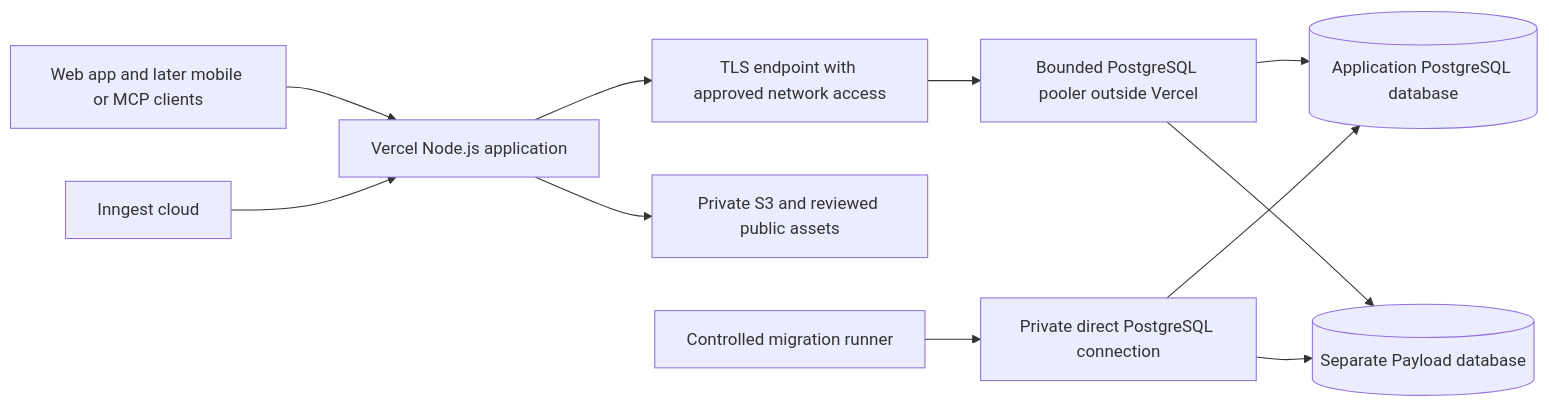
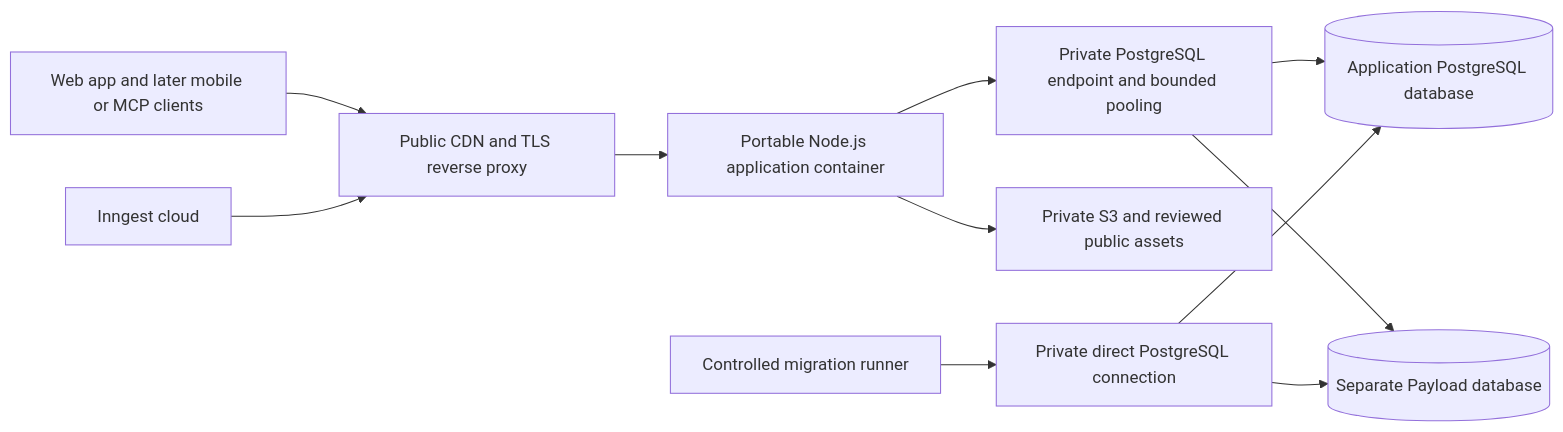
One commit to xmyqyl4x/tiresandtreads changed the diagram in docs/16-deployment-and-local-environments.md. Above: the diagram before and after it, drawn with Mermaid. The commit also changed other lines of this file and 13 other files, not shown here.

````diff
--- a/docs/16-deployment-and-local-environments.md
+++ b/docs/16-deployment-and-local-environments.md
@@ -26,13 +26,13 @@
 ```mermaid
 flowchart LR
-  Users[Web app and later mobile or MCP clients] --> V[Vercel Node.js application]
-  V --> N[TLS endpoint with approved network access]
-  N --> Pool[Bounded PostgreSQL pooler outside Vercel]
+  Users[Web app and later mobile or MCP clients] --> Proxy[Public CDN and TLS reverse proxy]
+  Proxy --> App[Portable Node.js application container]
+  App --> Pool[Private PostgreSQL endpoint and bounded pooling]
   Pool --> AppDB[(Application PostgreSQL database)]
   Pool --> CMSDB[(Separate Payload database)]
-  V --> Files[Private S3 and reviewed public assets]
-  Jobs[Inngest cloud] --> V
+  App --> Files[Private S3 and reviewed public assets]
+  Jobs[Inngest cloud] --> Proxy
   Runner[Controlled migration runner] --> Direct[Private direct PostgreSQL connection]
   Direct --> AppDB
   Direct --> CMSDB
 ```
````
